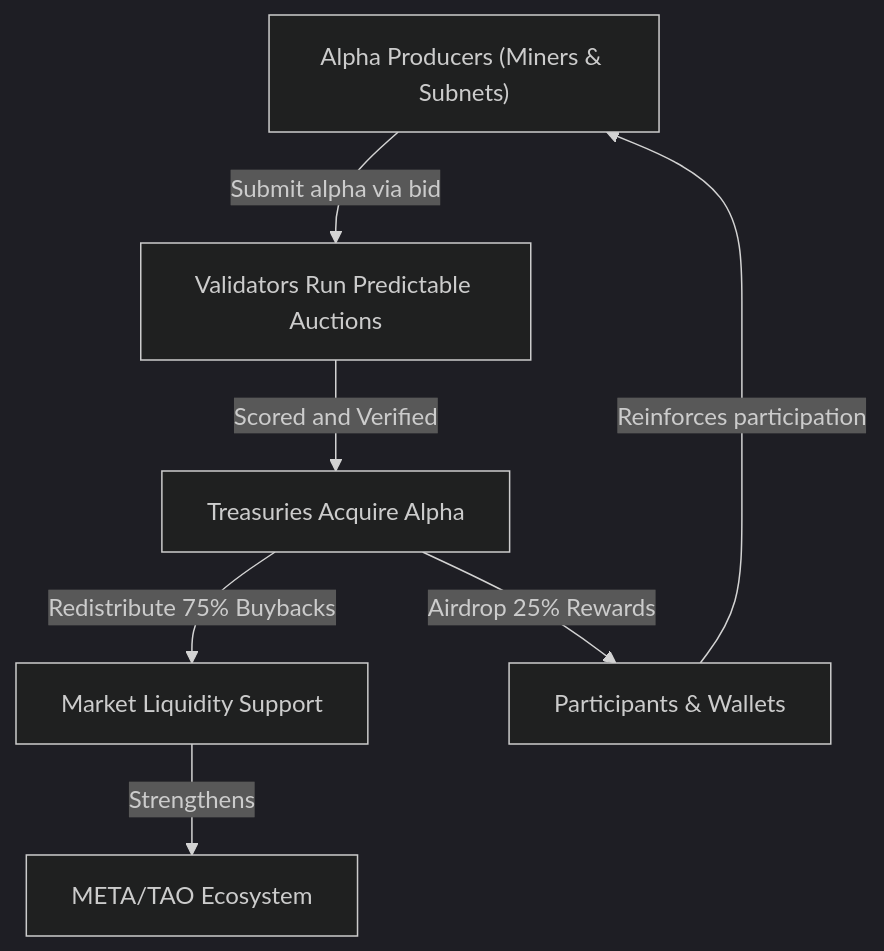
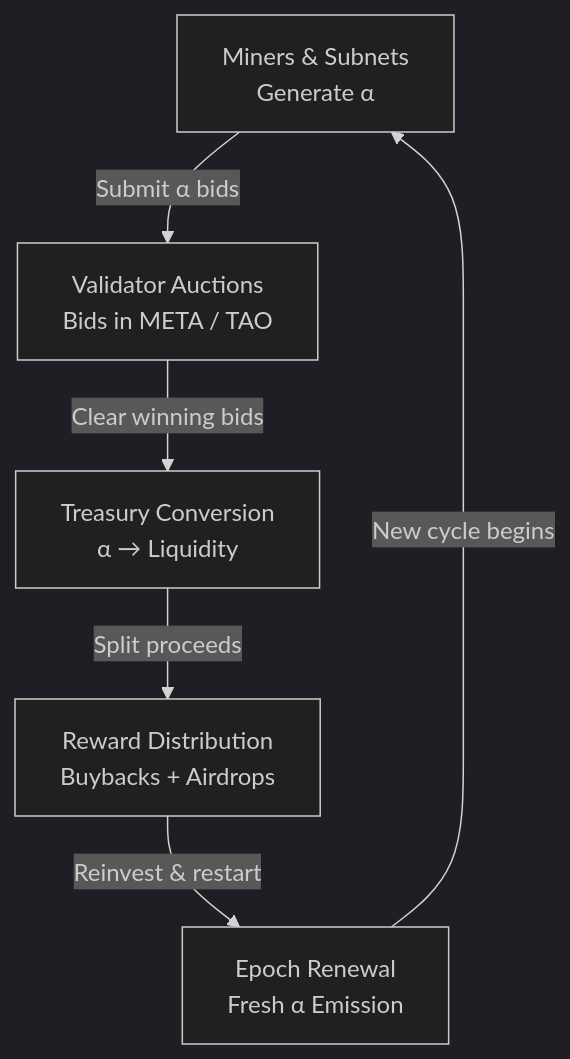
The first of 2 diagrams in understand-metahash/fundamentals/epoch-auction-economics.mdx (VINAYPULAMALA/Metahash-docs), drawn with Mermaid (dark theme) before and after one commit. The commit also changed other lines of this file and 6 other files, not shown here.

````diff
--- a/understand-metahash/fundamentals/epoch-auction-economics.mdx
+++ b/understand-metahash/fundamentals/epoch-auction-economics.mdx
@@ -79,9 +77,14 @@
 ```mermaid
 flowchart TD
-    A["Alpha Producers (Miners & Subnets)"] -->|"Submit alpha via bid"| B["Validators Run Predictable Auctions"]
-    B -->|"Scored and Verified"| C["Treasuries Acquire Alpha"]
-    C -->|"Redistribute 75% Buybacks"| D["Market Liquidity Support"]
-    C -->|"Airdrop 25% Rewards"| E["Participants & Wallets"]
-    D -->|"Strengthens"| F["META/TAO Ecosystem"]
-    E -->|"Reinforces participation"| A
+    A["Miners & Subnets<br/>Generate α"]
+    B["Validator Auctions<br/>Bids in META / TAO"]
+    C["Treasury Conversion<br/>α → Liquidity"]
+    D["Reward Distribution<br/>Buybacks + Airdrops"]
+    E["Epoch Renewal<br/>Fresh α Emission"]
+
+    A -->|"Submit α bids"| B
+    B -->|"Clear winning bids"| C
+    C -->|"Split proceeds"| D
+    D -->|"Reinvest & restart"| E
+    E -->|"New cycle begins"| A
 ```
````
